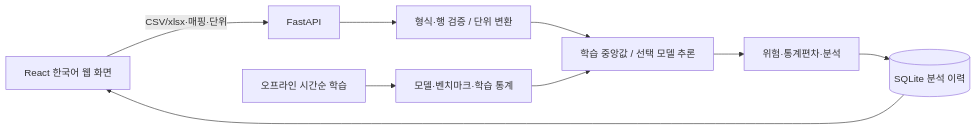
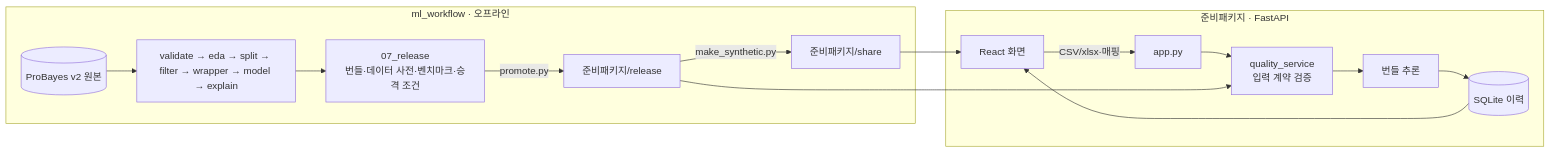
Before and after one commit to hjus36/chungcheong-ICT-quality: the diagram in docs/02_시스템_설계서.md, drawn with Mermaid. The commit also changed other lines of this file and 16 other files, not shown here.

````diff
--- a/docs/02_시스템_설계서.md
+++ b/docs/02_시스템_설계서.md
@@ -5,11 +5,18 @@
 ```mermaid
 flowchart LR
-  U[React 한국어 웹 화면] -->|CSV/xlsx·매핑·단위| A[FastAPI]
-  A --> V[형식·행 검증 / 단위 변환]
-  V --> M[학습 중앙값 / 선택 모델 추론]
-  M --> R[위험·통계편차·분석]
-  R --> DB[(SQLite 분석 이력)]
-  DB --> U
-  T[오프라인 시간순 학습] --> B[모델·벤치마크·학습 통계]
-  B --> M
+  subgraph 학습 [ml_workflow · 오프라인]
+    D[(ProBayes v2 원본)] --> W[validate → eda → split → filter → wrapper → model → explain]
+    W --> R[07_release<br/>번들·데이터 사전·벤치마크·승격 조건]
+    R -->|promote.py| P[준비패키지/release]
+    P -->|make_synthetic.py| S[준비패키지/share]
+  end
+  subgraph 서비스 [준비패키지 · FastAPI]
+    U[React 화면] -->|CSV/xlsx·매핑| A[app.py]
+    A --> V[quality_service<br/>입력 계약 검증]
+    V --> M[번들 추론]
+    M --> DB[(SQLite 이력)]
+    DB --> U
+  end
+  P --> V
+  S --> U
 ```
````
